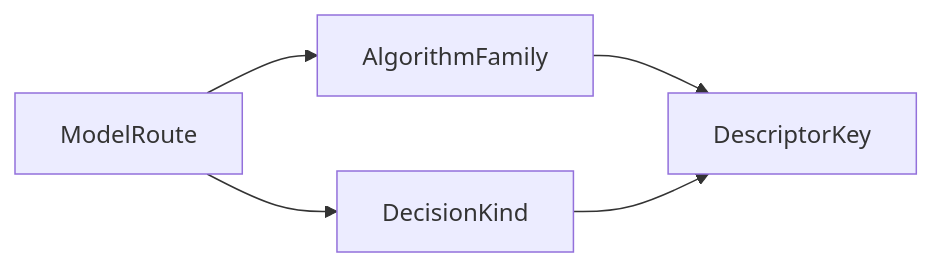
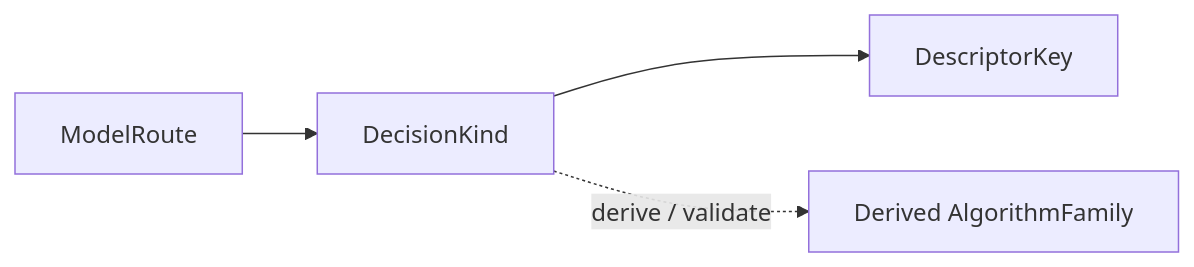
The third of 4 diagrams in docs/02-业务模块/30-evaluation/20-核心设计-统一测评执行模型.md (FangcunMount/qs-server), drawn with Mermaid before and after one commit. The commit also changed other lines of this file and 120 other files, not shown here.

````diff
--- a/docs/02-业务模块/30-evaluation/20-核心设计-统一测评执行模型.md
+++ b/docs/02-业务模块/30-evaluation/20-核心设计-统一测评执行模型.md
@@ -245,12 +241,11 @@
 ```mermaid
 flowchart LR
     Route["ModelRoute"]
-    Family["AlgorithmFamily"]
     Decision["DecisionKind"]
     Key["DescriptorKey"]
+    Family["Derived AlgorithmFamily"]
 
-    Route --> Family
     Route --> Decision
-    Family --> Key
     Decision --> Key
+    Decision -.derive / validate.-> Family
 ```
````
